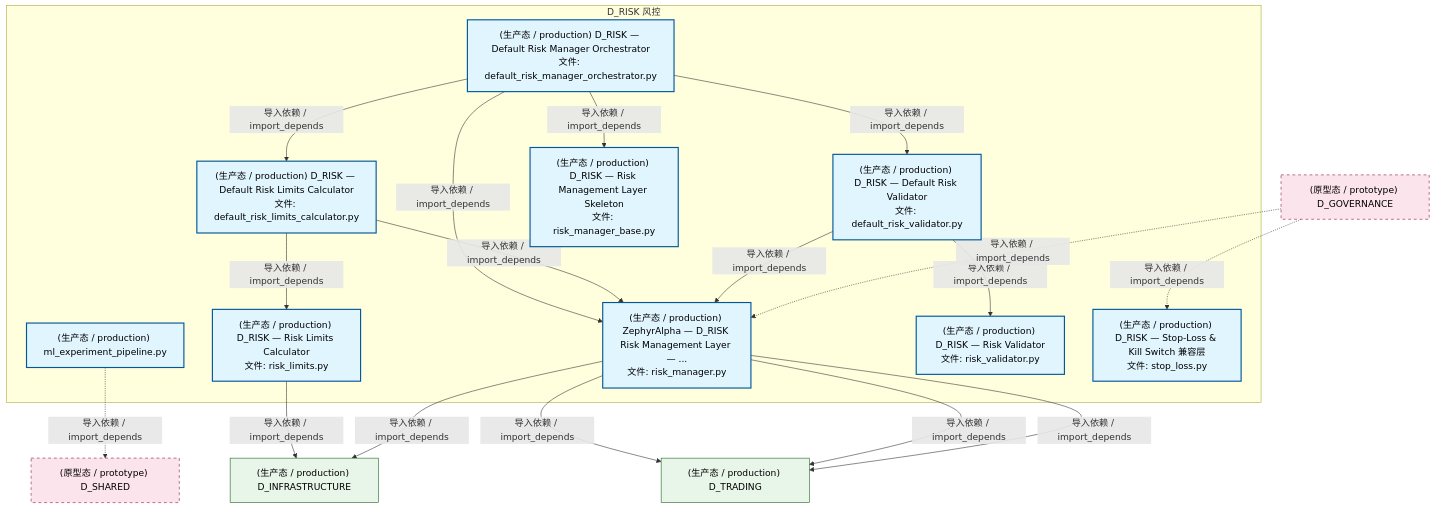
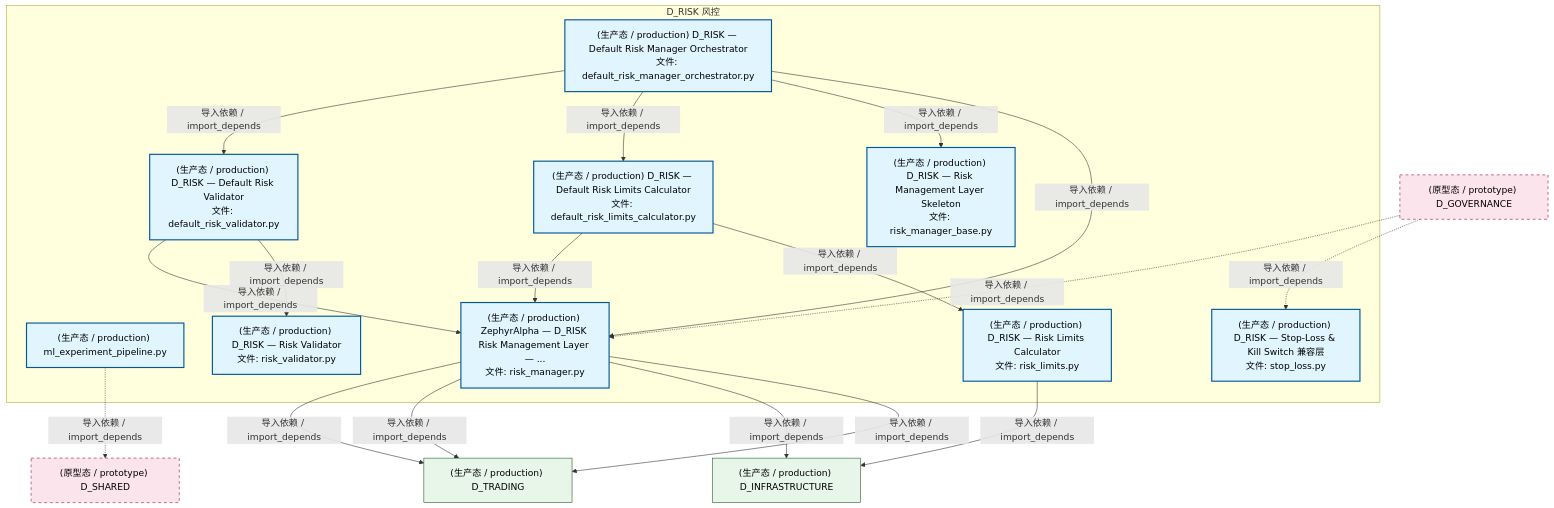
One commit to xuanFelixVan/ZephyrAlpha changed the second of 4 diagrams in docs/02_enterprise_architecture/02_domain_architecture_docs/54_d_risk.md. Above: the diagram before and after it, drawn with Mermaid. The commit also changed other lines of this file and 126 other files, not shown here.

````diff
--- a/docs/02_enterprise_architecture/02_domain_architecture_docs/54_d_risk.md
+++ b/docs/02_enterprise_architecture/02_domain_architecture_docs/54_d_risk.md
@@ -188,41 +188,41 @@
 ```mermaid
 graph TD
     subgraph D_RISK["D_RISK 风控"]
         src_zephyr_risk_cross_asset_cross_market_data_adapter_ml_experiment_pipeline_py["(生产态 / production) ml_experiment_pipeline.py"]
         src_zephyr_risk_implementations_default_risk_limits_calculator_py["(生产态 / production) D_RISK — Default Risk Limits Calculator<br/>文件: default_risk_limits_calculator.py"]
         src_zephyr_risk_implementations_default_risk_manager_orchestrator_py["(生产态 / production) D_RISK — Default Risk Manager Orchestrator<br/>文件: default_risk_manager_orchestrator.py"]
         src_zephyr_risk_implementations_default_risk_validator_py["(生产态 / production) D_RISK — Default Risk Validator<br/>文件: default_risk_validator.py"]
         src_zephyr_risk_risk_limits_py["(生产态 / production) D_RISK — Risk Limits Calculator<br/>文件: risk_limits.py"]
         src_zephyr_risk_risk_manager_py["(生产态 / production) ZephyrAlpha — D_RISK Risk Management Layer — ...<br/>文件: risk_manager.py"]
         src_zephyr_risk_risk_manager_base_py["(生产态 / production) D_RISK — Risk Management Layer Skeleton<br/>文件: risk_manager_base.py"]
         src_zephyr_risk_risk_validator_py["(生产态 / production) D_RISK — Risk Validator<br/>文件: risk_validator.py"]
         src_zephyr_risk_stop_loss_py["(生产态 / production) D_RISK — Stop-Loss & Kill Switch 兼容层<br/>文件: stop_loss.py"]
     end
+    src_zephyr_risk_implementations_default_risk_limits_calculator_py -->|导入依赖 / import_depends| src_zephyr_risk_risk_limits_py
+    src_zephyr_risk_implementations_default_risk_limits_calculator_py -->|导入依赖 / import_depends| src_zephyr_risk_risk_manager_py
     src_zephyr_risk_implementations_default_risk_manager_orchestrator_py -->|导入依赖 / import_depends| src_zephyr_risk_risk_manager_py
     src_zephyr_risk_implementations_default_risk_manager_orchestrator_py -->|导入依赖 / import_depends| src_zephyr_risk_risk_manager_base_py
     src_zephyr_risk_implementations_default_risk_manager_orchestrator_py -->|导入依赖 / import_depends| src_zephyr_risk_implementations_default_risk_limits_calculator_py
     src_zephyr_risk_implementations_default_risk_manager_orchestrator_py -->|导入依赖 / import_depends| src_zephyr_risk_implementations_default_risk_validator_py
-    src_zephyr_risk_implementations_default_risk_limits_calculator_py -->|导入依赖 / import_depends| src_zephyr_risk_risk_limits_py
-    src_zephyr_risk_implementations_default_risk_limits_calculator_py -->|导入依赖 / import_depends| src_zephyr_risk_risk_manager_py
+    src_zephyr_risk_implementations_default_risk_validator_py -->|导入依赖 / import_depends| src_zephyr_risk_risk_validator_py
     src_zephyr_risk_implementations_default_risk_validator_py -->|导入依赖 / import_depends| src_zephyr_risk_risk_manager_py
-    src_zephyr_risk_implementations_default_risk_validator_py -->|导入依赖 / import_depends| src_zephyr_risk_risk_validator_py
     D_INFRASTRUCTURE["(生产态 / production) D_INFRASTRUCTURE"]
     src_zephyr_risk_risk_limits_py -->|导入依赖 / import_depends| D_INFRASTRUCTURE
     D_TRADING["(生产态 / production) D_TRADING"]
     src_zephyr_risk_risk_manager_py -->|导入依赖 / import_depends| D_TRADING
     src_zephyr_risk_risk_manager_py -->|导入依赖 / import_depends| D_INFRASTRUCTURE
     src_zephyr_risk_risk_manager_py -->|导入依赖 / import_depends| D_TRADING
     src_zephyr_risk_risk_manager_py -->|导入依赖 / import_depends| D_TRADING
     D_SHARED["(原型态 / prototype) D_SHARED"]
     src_zephyr_risk_cross_asset_cross_market_data_adapter_ml_experiment_pipeline_py -.->|导入依赖 / import_depends| D_SHARED
     D_GOVERNANCE["(原型态 / prototype) D_GOVERNANCE"]
+    D_GOVERNANCE -.->|导入依赖 / import_depends| src_zephyr_risk_stop_loss_py
     D_GOVERNANCE -.->|导入依赖 / import_depends| src_zephyr_risk_risk_manager_py
-    D_GOVERNANCE -.->|导入依赖 / import_depends| src_zephyr_risk_stop_loss_py
     classDef production fill:#e1f5fe,stroke:#01579b,stroke-width:2px,color:#000
     classDef design fill:#fff3e0,stroke:#e65100,stroke-width:2px,color:#000,stroke-dasharray: 5 5
     classDef external_prod fill:#e8f5e9,stroke:#1b5e20,stroke-width:1px,color:#000
     classDef external_design fill:#fce4ec,stroke:#880e4f,stroke-width:1px,color:#000,stroke-dasharray: 5 5
     class src_zephyr_risk_cross_asset_cross_market_data_adapter_ml_experiment_pipeline_py,src_zephyr_risk_implementations_default_risk_limits_calculator_py,src_zephyr_risk_implementations_default_risk_manager_orchestrator_py,src_zephyr_risk_implementations_default_risk_validator_py,src_zephyr_risk_risk_limits_py,src_zephyr_risk_risk_manager_py,src_zephyr_risk_risk_manager_base_py,src_zephyr_risk_risk_validator_py,src_zephyr_risk_stop_loss_py production
     class D_INFRASTRUCTURE,D_TRADING external_prod
     class D_SHARED,D_GOVERNANCE external_design
 ```
````
